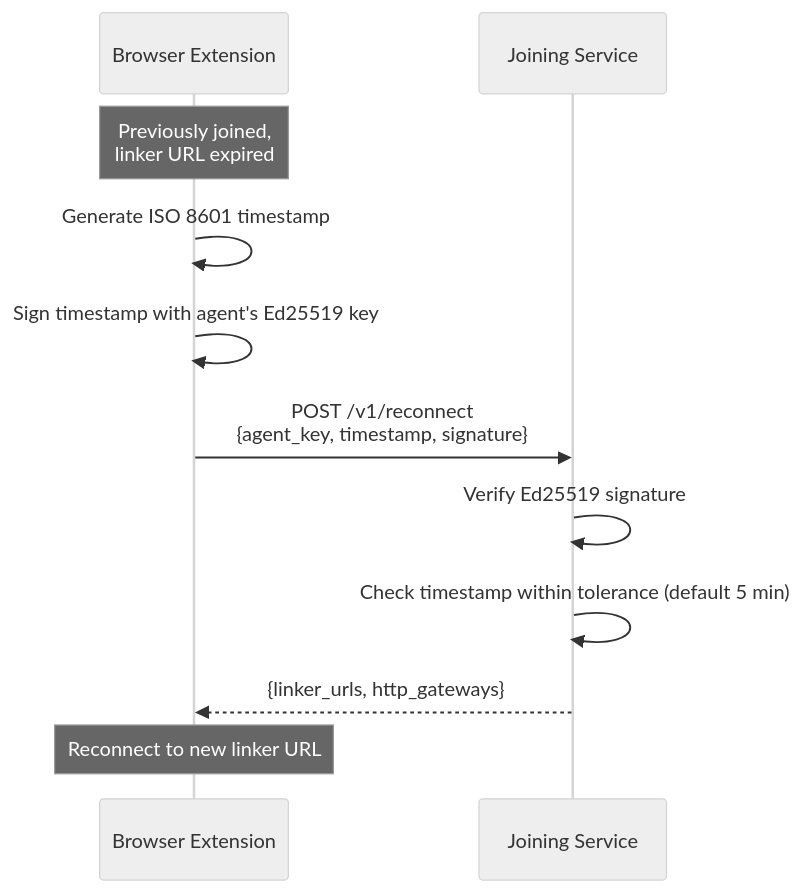
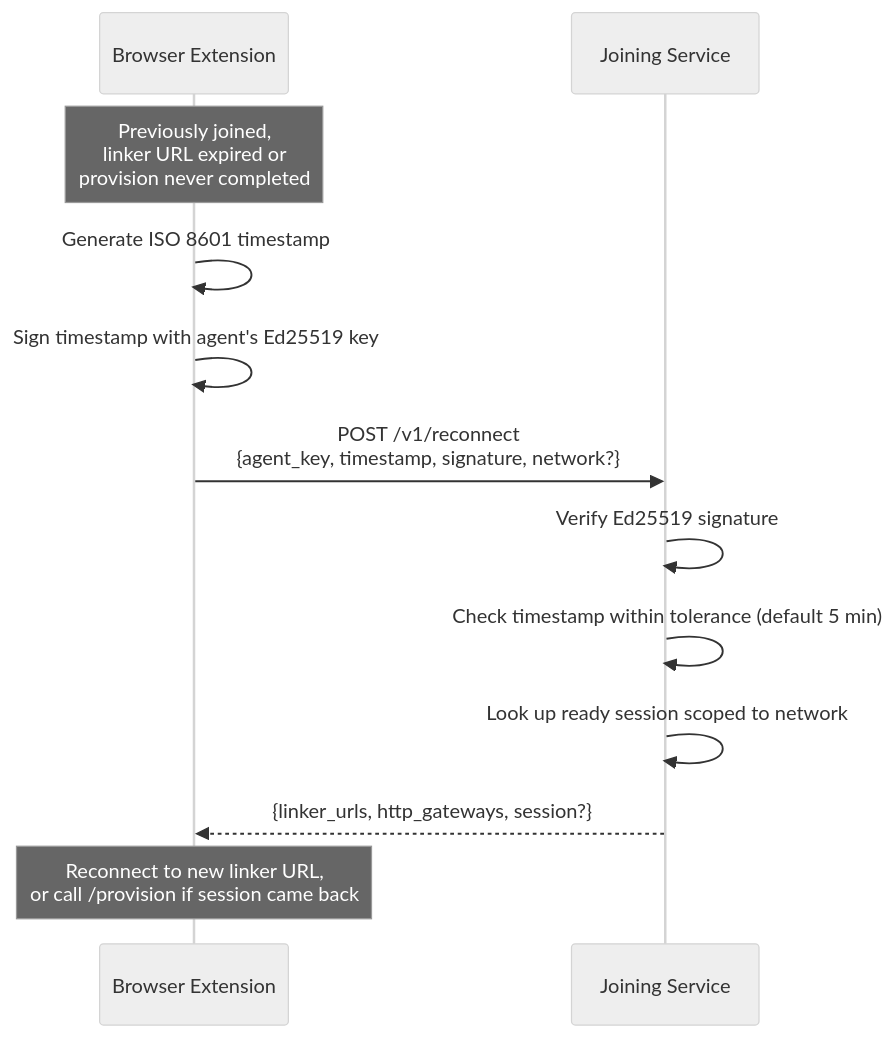
One commit to Holo-Host/joining-service changed the ninth of 9 diagrams in ARCHITECTURE.md. Above: the diagram before and after it, drawn with Mermaid (neutral theme). The commit also changed other lines of this file and 1 other file, not shown here.

Commit message:
docs: per-network session semantics and reconnect recovery (#13)
Session uniqueness is per (agent, network): a second join on a different
network succeeds instead of 409ing, and agent_already_joined now means
re-joining a network the agent already has a live session on.

Documents reconnect's `network` parameter, the `session` token it returns,
and the crash-recovery path that token exists for. The URL refresh and the
session-token lookup are gated separately, so the three outcomes are spelled
out rather than left to be inferred from the error table.

````diff
--- a/ARCHITECTURE.md
+++ b/ARCHITECTURE.md
@@ -461,18 +461,19 @@
 ```mermaid
 sequenceDiagram
     participant Agent as Browser Extension
     participant JS as Joining Service
 
-    Note over Agent: Previously joined,<br/>linker URL expired
+    Note over Agent: Previously joined,<br/>linker URL expired or<br/>provision never completed
 
     Agent->>Agent: Generate ISO 8601 timestamp
     Agent->>Agent: Sign timestamp with agent's Ed25519 key
 
-    Agent->>JS: POST /v1/reconnect<br/>{agent_key, timestamp, signature}
+    Agent->>JS: POST /v1/reconnect<br/>{agent_key, timestamp, signature, network?}
 
     JS->>JS: Verify Ed25519 signature
     JS->>JS: Check timestamp within tolerance (default 5 min)
-    JS-->>Agent: {linker_urls, http_gateways}
+    JS->>JS: Look up ready session scoped to network
+    JS-->>Agent: {linker_urls, http_gateways, session?}
 
-    Note over Agent: Reconnect to new linker URL
+    Note over Agent: Reconnect to new linker URL,<br/>or call /provision if session came back
 ```
````
